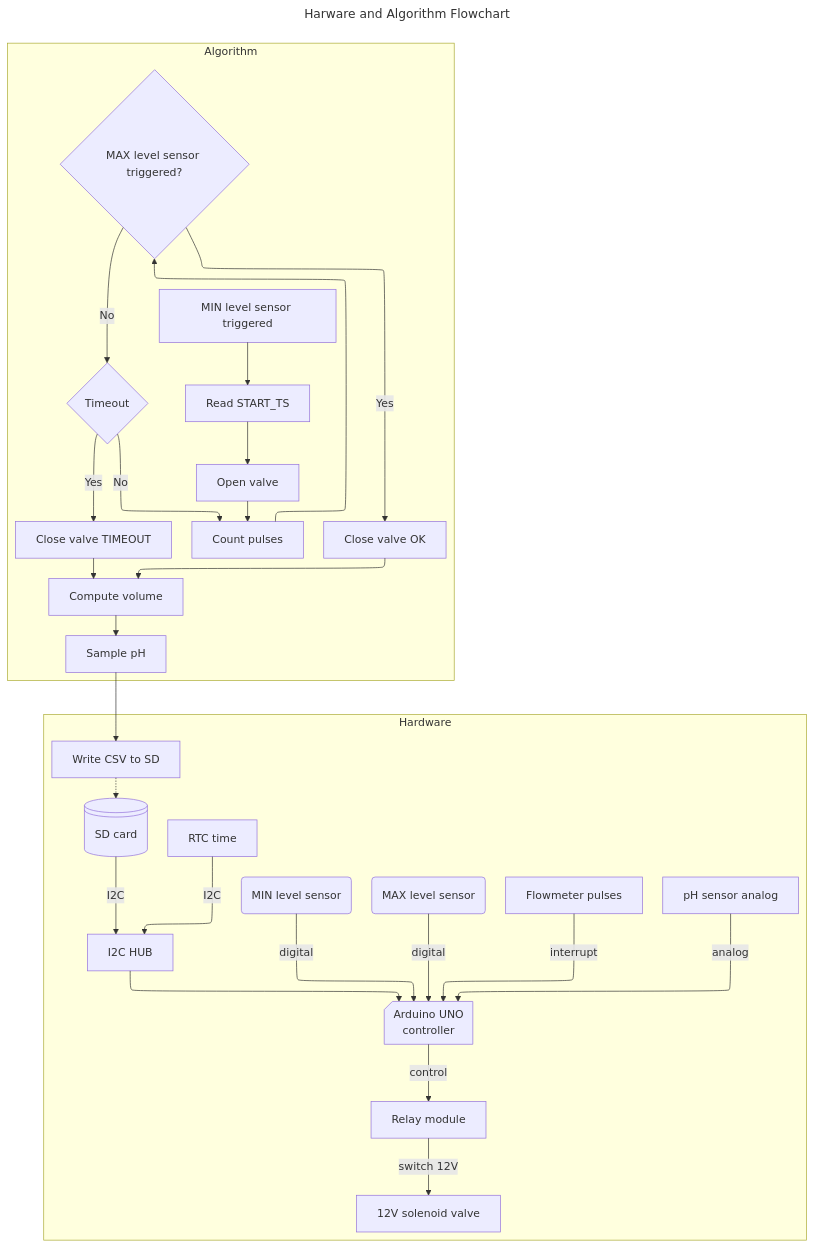
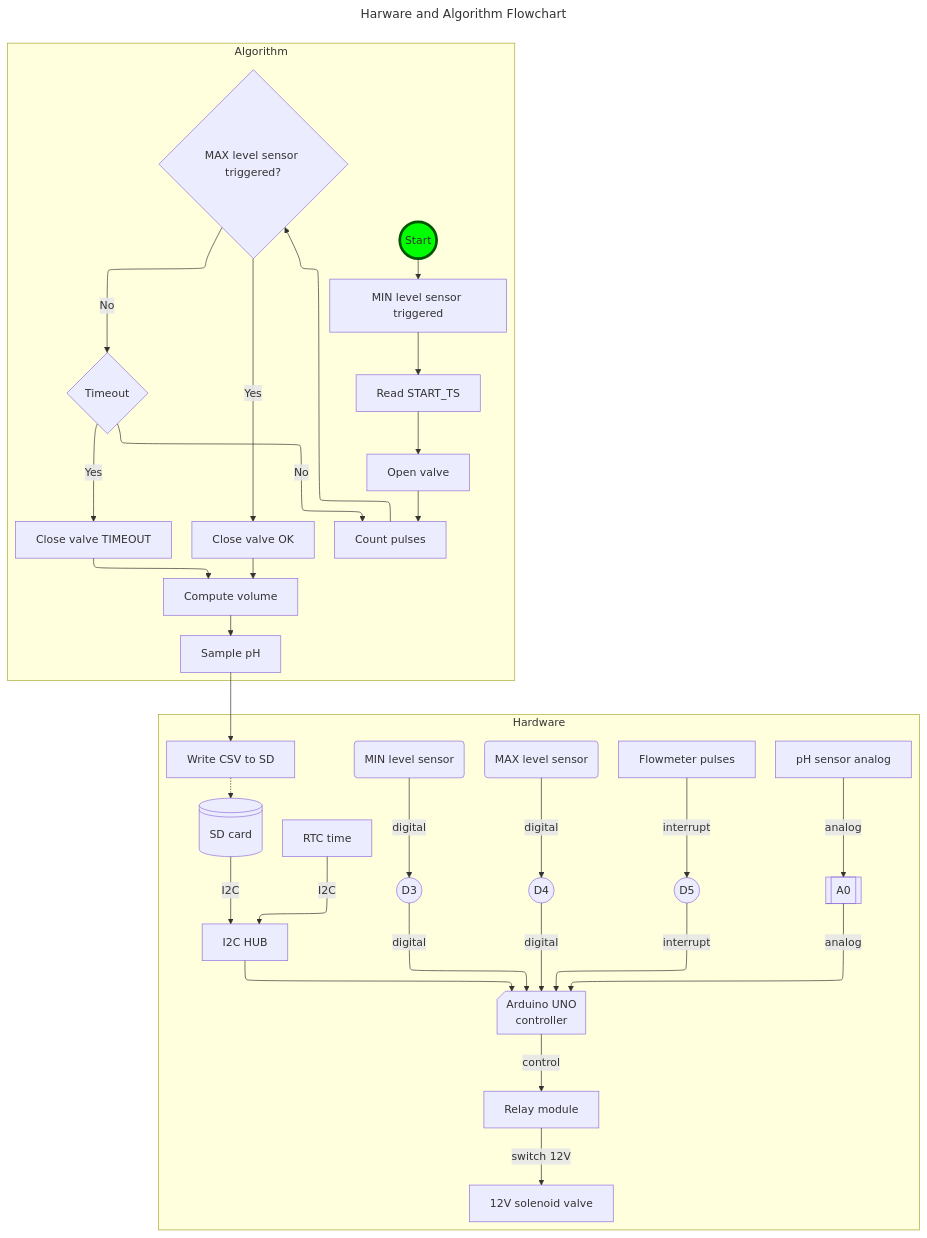
Before and after one commit to Mvil34998/Colant-automation: the diagram in Documentation/Coolant_Control_System_v2_ultra.mmd, drawn with Mermaid. The commit also changed other lines of this file, not shown here.

```diff
--- a/Documentation/Coolant_Control_System_v2_ultra.mmd
+++ b/Documentation/Coolant_Control_System_v2_ultra.mmd
@@ -1,62 +1,88 @@
 ---
 title: Harware and Algorithm Flowchart
 config:
   layout: elk
   elk:
     mergeEdges: true
     nodePlacementStrategy: LINEAR_SEGMENTS
 
 
 ---
 
 flowchart
+%%Analog in
+    A0[[A0]]
+    %%A1[[A1]]
+    %%A2[[A2]]
+    %%A3[[A3]]
+    %%A4[[A4]]
+    %%A5[[A5]]
+%%Digital in
+    %%D1((D1))
+    %%D2((D2))
+    D3((D3))
+    D4((D4))
+    D5((D5))
+    %%D6((D6))
+    %%D7((D7))
+    %%D8((D8))
+    %%D9((D9))
+    %%D10((D10))
+    %%D11((D11))
+    %%D12((D12))
 MCU@{shape: card ,label: "Arduino UNO\ncontroller"}
 HWMIN@{shape: event ,label: "MIN level sensor"}
 HWMAX@{shape: event ,label: "MAX level sensor"}
 HWSD@{shape: disk ,label: "SD card"}
 HWFLOW@{shape: ,label: "Flowmeter pulses"}
 HWPH@{shape: ,label: "pH sensor analog"}
 HWRTC@{shape: ,label: "RTC time"}
 I2C@{shape: ,label: "I2C HUB"}
 HWRELAY@{shape: ,label: "Relay module"}
 HWVALVE@{shape: ,label: "12V solenoid valve"}
     subgraph Hardware
-        HWMIN -->|digital| MCU
-        HWMAX -->|digital| MCU
-        HWFLOW -->|interrupt| MCU
-        HWPH -->|analog| MCU
+        HWMIN -->|digital| D3
+        D3-->|digital| MCU
+        HWMAX -->|digital| D4
+        D4 -->|digital| MCU
+        HWFLOW -->|interrupt| D5
+        D5 -->|interrupt| MCU
+        HWPH -->|analog| A0
+        A0 -->|analog| MCU
         HWRTC -->|I2C|I2C
         HWSD -->|I2C| I2C
         LG8 -..-> HWSD 
         MCU -->|control| HWRELAY
         HWRELAY -->|switch 12V| HWVALVE
         I2C --> MCU
     end
 
-
+Strat((Start))
 LG1@{shape: ,label: "MIN level sensor triggered"}
+style Strat fill:#0f0,stroke:#050,stroke-width:4px
 LGQ1@{shape: diam ,label: "MAX level sensor triggered?"}
 LG2@{shape: ,label: "Read START_TS"}
 LG3@{shape: ,label: "Open valve"}
 LG4@{shape: ,label: "Count pulses"}
 LGQ2@{shape: diam ,label: "Timeout"}
 LGX@{shape:  ,label: "Close valve TIMEOUT"}
 LG5@{shape:  ,label: "Close valve OK"}
 LG6@{shape:  ,label: "Compute volume"}
 LG7@{shape:  ,label: "Sample pH"}
 LG8@{shape:  ,label: "Write CSV to SD"}
     subgraph Algorithm
+        Strat --> LG1
         LG1 --> LG2
         LG2 --> LG3
         LG3 --> LG4
         LG4 --> LGQ1
         LGQ1 -- No --> LGQ2
         LGQ2 -- No --> LG4 
         LGQ2 -- Yes --> LGX
         LGQ1-- Yes --> LG5
         LG5 --> LG6
         LGX --> LG6
         LG6 --> LG7
         LG7 --> LG8
 
     end
```
